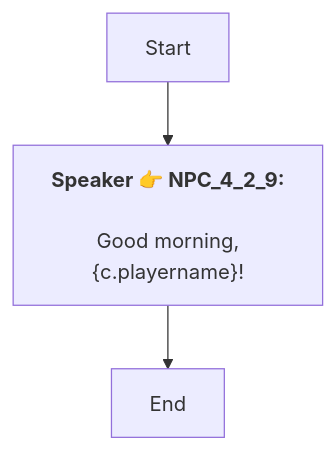
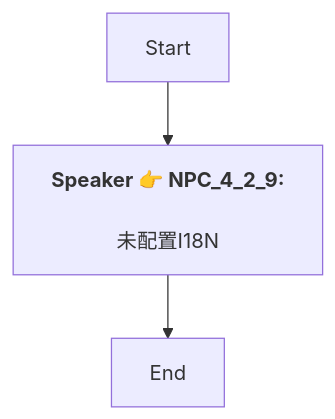
One commit to SoftHu/tos_avg changed the diagram in En/QuestApproachDialogNode_1741365225259229.md. Above: the diagram before and after it, drawn with Mermaid. The commit also changed 730 other files, not shown here.

````diff
--- a/En/QuestApproachDialogNode_1741365225259229.md
+++ b/En/QuestApproachDialogNode_1741365225259229.md
@@ -1,8 +1,7 @@
 ```mermaid
 graph
 Start -->1741464260069634[<b>Speaker 👉 NPC_4_2_9:</b>
-\nGood morning,
-&lbrace;c.playername&rbrace;!]
+\n未配置I18N]
 1741464260069634 -->1741365335831777[End]
 
 ```
````
